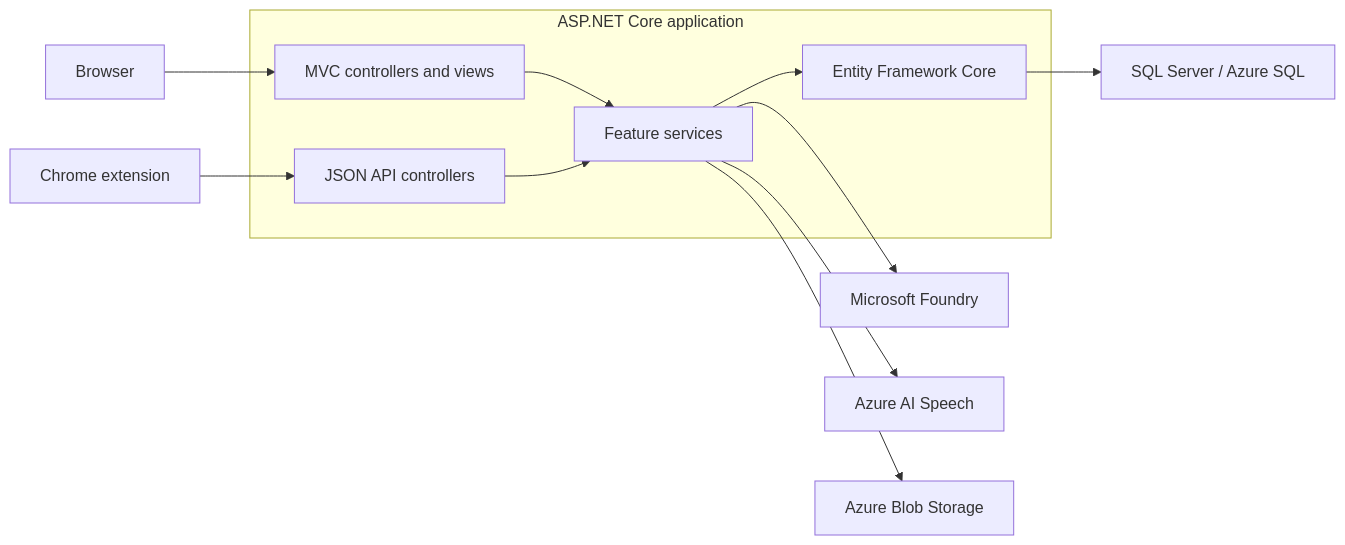
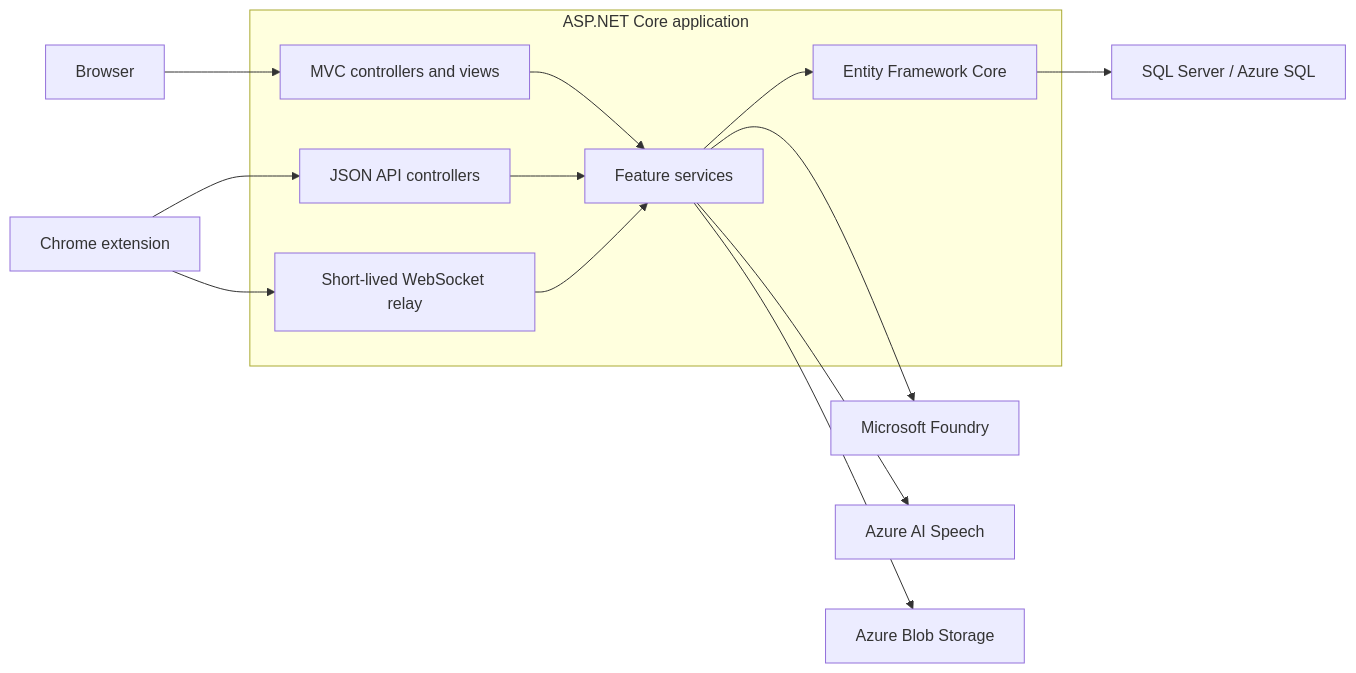
Before and after one commit to gusbo9233/Glosify-.net: the diagram in README.md, drawn with Mermaid. The commit also changed other lines of this file and 1 other file, not shown here.

````diff
--- a/README.md
+++ b/README.md
@@ -40,16 +51,20 @@
 ```mermaid
 flowchart LR
-    Browser["Browser"] --> MVC["MVC controllers and views"]
-    Extension["Chrome extension"] --> API["JSON API controllers"]
+    Browser["Browser"]
+    Extension["Chrome extension"]
 
     subgraph App["ASP.NET Core application"]
-        MVC --> Services["Feature services"]
-        API --> Services
+        MVC["MVC controllers and views"] --> Services["Feature services"]
+        API["JSON API controllers"] --> Services
+        Relay["Short-lived WebSocket relay"] --> Services
         Services --> EF["Entity Framework Core"]
     end
 
+    Browser --> MVC
+    Extension --> API
+    Extension --> Relay
     EF --> SQL["SQL Server / Azure SQL"]
     Services --> Foundry["Microsoft Foundry"]
     Services --> Speech["Azure AI Speech"]
     Services --> Storage["Azure Blob Storage"]
 ```
````
